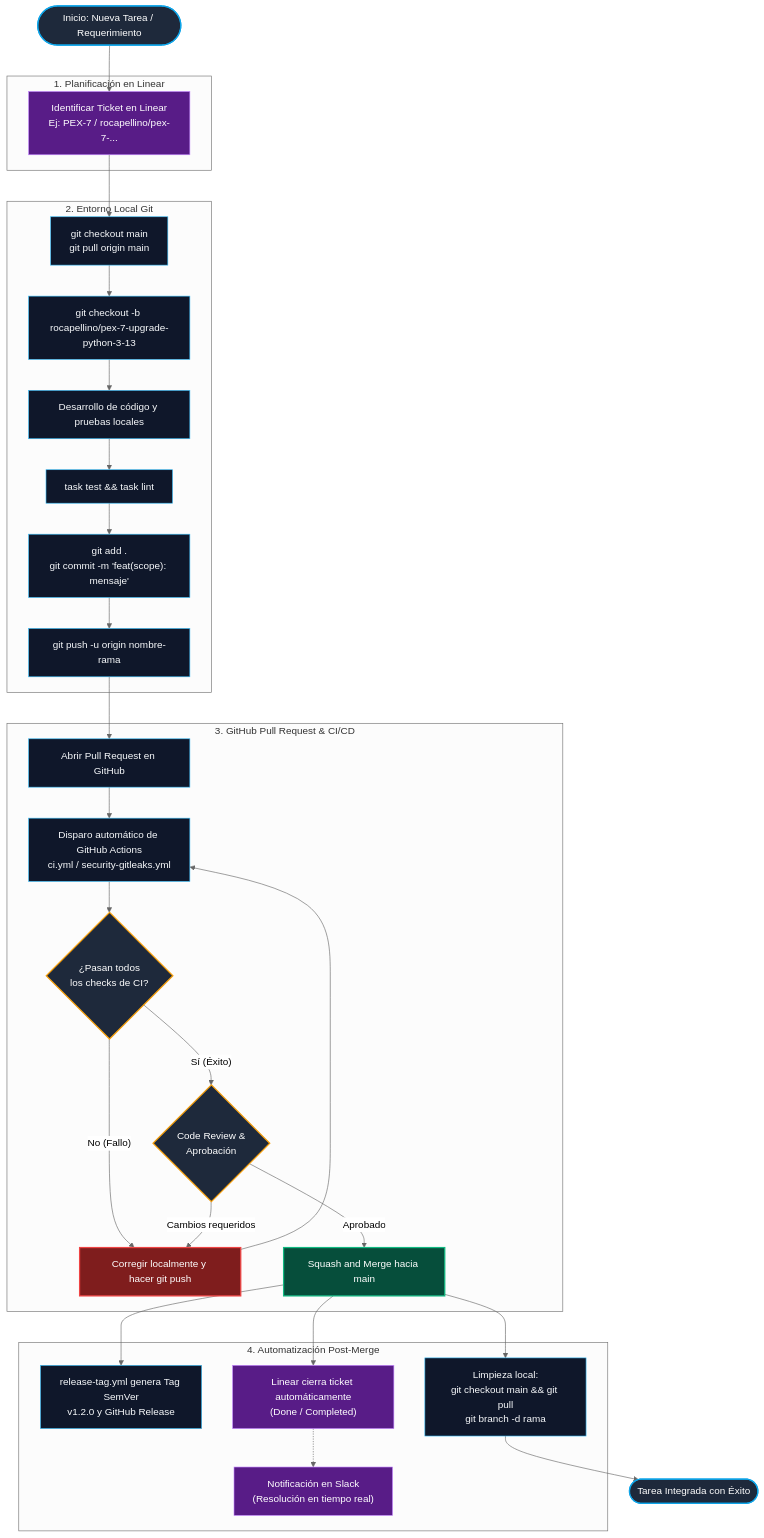
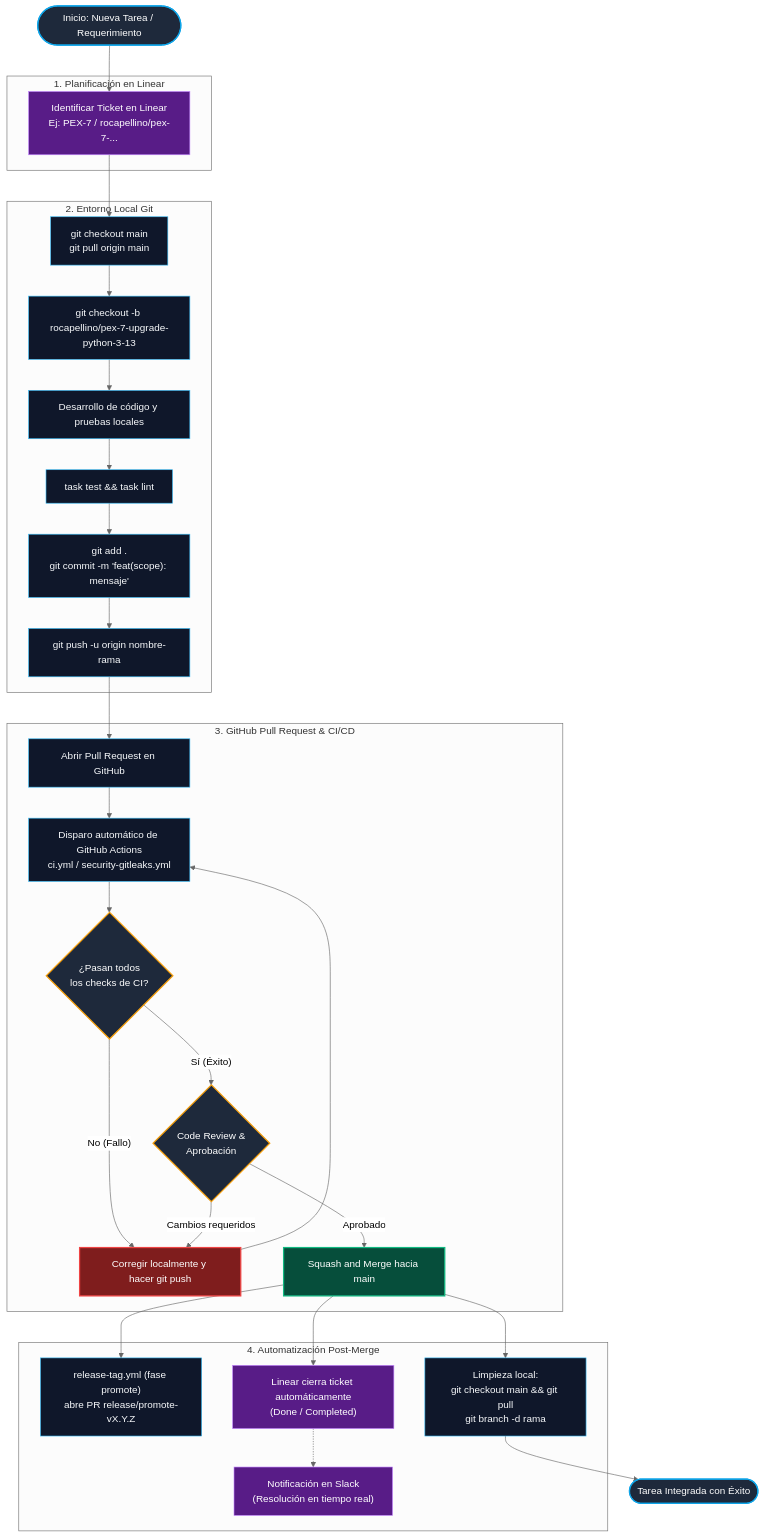
The first of 2 diagrams in docs/devops/GIT_BRANCHING_AND_MERGE_WORKFLOW.md (rocapellino/pokedex), drawn with Mermaid (neutral theme) before and after one commit. The commit also changed 5 other files, not shown here.

First line of the commit message:
fix(ci): anclar tag de release al commit de promoción [skip-release] (#340)

````diff
--- a/docs/devops/GIT_BRANCHING_AND_MERGE_WORKFLOW.md
+++ b/docs/devops/GIT_BRANCHING_AND_MERGE_WORKFLOW.md
@@ -40,73 +40,73 @@
 ```mermaid
 flowchart TD
     %% Definición de Nodos
     Start(["Inicio: Nueva Tarea / Requerimiento"])
 
     subgraph Planificacion ["1. Planificación en Linear"]
         LinearIssue["Identificar Ticket en Linear<br/>Ej: PEX-7 / rocapellino/pex-7-..."]
     end
 
     subgraph DesarrolloLocal ["2. Entorno Local Git"]
         SyncMain["git checkout main<br/>git pull origin main"]
         CreateBranch["git checkout -b rocapellino/pex-7-upgrade-python-3-13"]
         Coding["Desarrollo de código y pruebas locales"]
         LocalAudit["task test && task lint"]
         CommitChanges["git add .<br/>git commit -m 'feat(scope): mensaje'"]
         PushRemote["git push -u origin nombre-rama"]
     end
 
     subgraph RevisionGitHub ["3. GitHub Pull Request & CI/CD"]
         OpenPR["Abrir Pull Request en GitHub"]
         CIWorkflow["Disparo automático de GitHub Actions<br/>ci.yml / security-gitleaks.yml"]
         CheckCI{"¿Pasan todos<br/>los checks de CI?"}
         FixLocally["Corregir localmente y hacer git push"]
         ReviewCopilot{"Code Review &<br/>Aprobación"}
         MergeToMain["Squash and Merge hacia main"]
     end
 
     subgraph PostMerge ["4. Automatización Post-Merge"]
-        AutoTag["release-tag.yml genera Tag SemVer<br/>v1.2.0 y GitHub Release"]
+        AutoTag["release-tag.yml (fase promote)<br/>abre PR release/promote-vX.Y.Z"]
         LinearClose["Linear cierra ticket automáticamente<br/>(Done / Completed)"]
         SlackDone["Notificación en Slack<br/>(Resolución en tiempo real)"]
         CleanLocal["Limpieza local:<br/>git checkout main && git pull<br/>git branch -d rama"]
     end
 
     Finish(["Tarea Integrada con Éxito"])
 
     %% Conexiones
     Start --> LinearIssue
     LinearIssue --> SyncMain
     SyncMain --> CreateBranch
     CreateBranch --> Coding
     Coding --> LocalAudit
     LocalAudit --> CommitChanges
     CommitChanges --> PushRemote
     PushRemote --> OpenPR
     OpenPR --> CIWorkflow
     CIWorkflow --> CheckCI
     CheckCI -- "No (Fallo)" --> FixLocally
     FixLocally --> CIWorkflow
     CheckCI -- "Sí (Éxito)" --> ReviewCopilot
     ReviewCopilot -- "Cambios requeridos" --> FixLocally
     ReviewCopilot -- "Aprobado" --> MergeToMain
     MergeToMain --> AutoTag
     MergeToMain --> LinearClose
     LinearClose -.-> SlackDone
     MergeToMain --> CleanLocal
     CleanLocal --> Finish
 
     %% Estilos
     classDef startEnd fill:#1e293b,stroke:#0ea5e9,stroke-width:2px,color:#fff;
     classDef gitAction fill:#0f172a,stroke:#38bdf8,stroke-width:1px,color:#f8fafc;
     classDef linearStep fill:#581c87,stroke:#c084fc,stroke-width:1px,color:#fff;
     classDef decision fill:#1e293b,stroke:#f59e0b,stroke-width:2px,color:#fff;
     classDef success fill:#064e3b,stroke:#10b981,stroke-width:2px,color:#fff;
     classDef fail fill:#7f1d1d,stroke:#ef4444,stroke-width:2px,color:#fff;
 
     class Start,Finish startEnd;
     class LinearIssue,LinearClose,SlackDone linearStep;
     class SyncMain,CreateBranch,Coding,LocalAudit,CommitChanges,PushRemote,OpenPR,CIWorkflow,AutoTag,CleanLocal gitAction;
     class CheckCI,ReviewCopilot decision;
     class MergeToMain success;
     class FixLocally fail;
 ```
````
